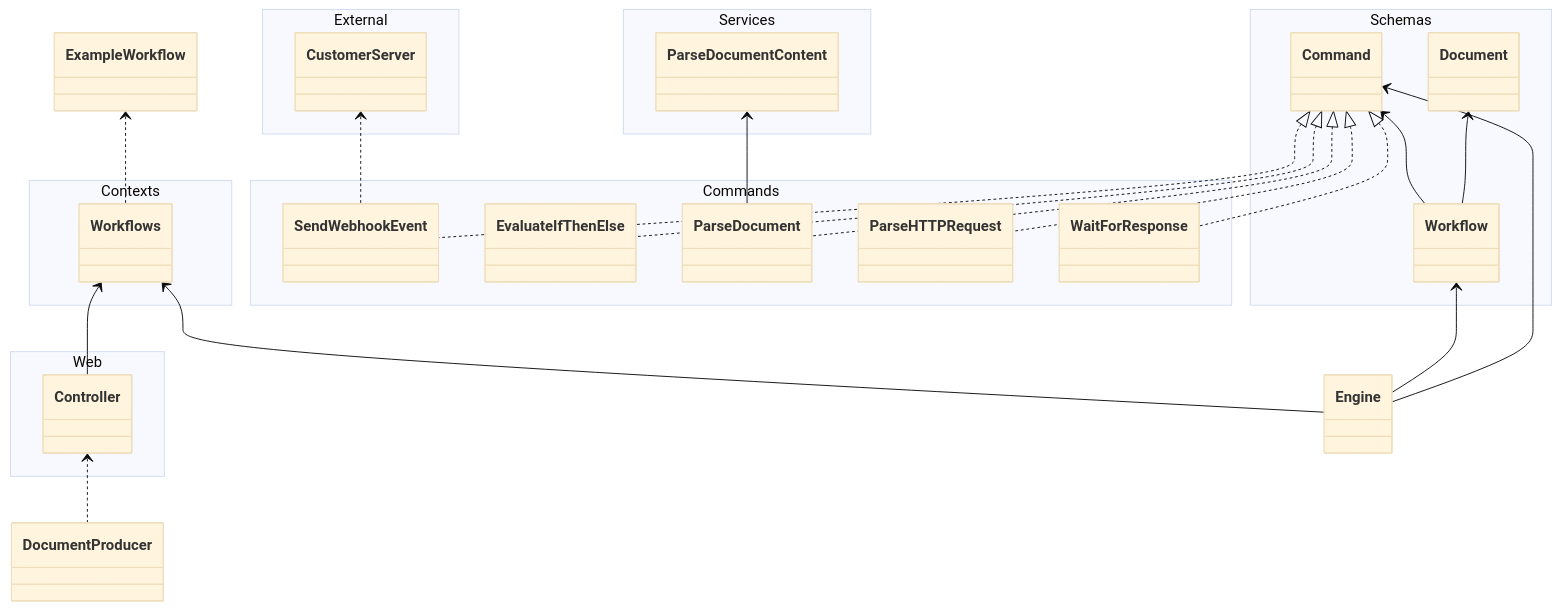
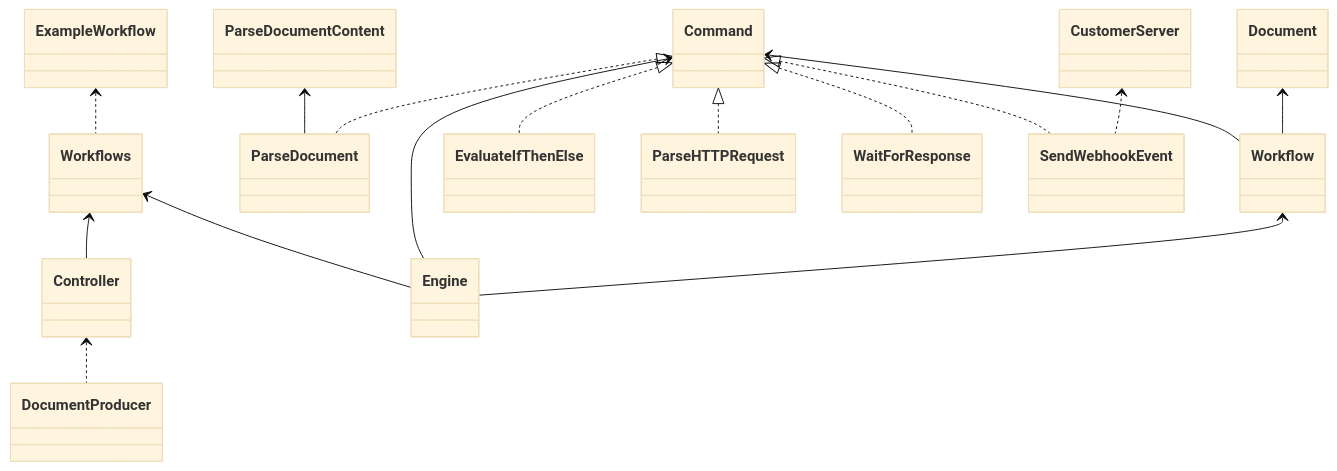
The first of 2 diagrams in README.md (PJUllrich/workflow-demo), drawn with Mermaid (base theme) before and after one commit.

Commit message:
Fix Class Diagram (#1)
* Remove connections

* Remove namespaces

* Improve diagram

````diff
--- a/README.md
+++ b/README.md
@@ -50,53 +50,40 @@
 ```mermaid
 classDiagram
+    ExampleWorkflow <.. Workflows
     Controller <.. DocumentProducer
-    ExampleWorkflow <.. Workflows
-    CustomerServer <.. SendWebhookEvent
     Workflows <-- Engine
+    Command <-- Engine
+    ParseDocumentContent <-- ParseDocument
     Workflow <-- Engine
-    Command <-- Engine
-    Command <-- Workflow
     Command <|.. EvaluateIfThenElse
     Command <|.. ParseDocument
     Command <|.. ParseHTTPRequest
+    Command <|.. WaitForResponse
     Command <|.. SendWebhookEvent
-    Command <|.. WaitForResponse
     Workflows <-- Controller
-    
+    Command <-- Workflow
     Document <-- Workflow
-    ParseDocumentContent <-- ParseDocument
+    CustomerServer <.. SendWebhookEvent
 
     class Engine
     class ExampleWorkflow
     class DocumentProducer
     
-    namespace Web {
-        class Controller
-    }
-    
-    namespace Contexts {
-        class Workflows        
-    }
+    class Controller
 
-    namespace Schemas {
-        class Workflow
-        class Command
-        class Document
-    }
+    class Workflows        
 
-    namespace Commands {
-        class EvaluateIfThenElse
-        class ParseDocument
-        class ParseHTTPRequest
-        class SendWebhookEvent
-        class WaitForResponse
-    }
+    class Workflow
+    class Command
+    class Document
 
-    namespace Services {
-        class ParseDocumentContent
-    }
+    class EvaluateIfThenElse
+    class ParseDocument
+    class ParseHTTPRequest
+    class SendWebhookEvent
+    class WaitForResponse
 
-    namespace External {
-        class CustomerServer
-    }
+    class ParseDocumentContent
+
+    class CustomerServer
 ```
````
